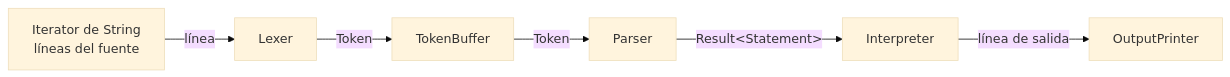
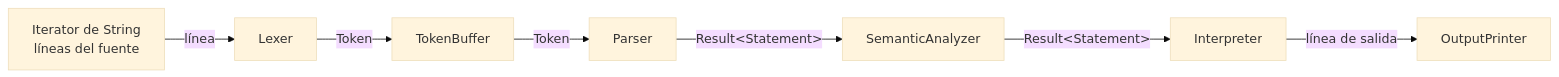
Before and after one commit to MartinaCousido/PrintScript: the second of 2 diagrams in docs/arquitectura.md, drawn with Mermaid (base theme). The commit also changed other lines of this file, not shown here.

First line of the commit message:
Actualizar arquitectura.md con semantic, el despacho por versión y 1.1

````diff
--- a/docs/arquitectura.md
+++ b/docs/arquitectura.md
@@ -168,15 +103,17 @@
 ```mermaid
 flowchart LR
     fuente["Iterator de String<br/>líneas del fuente"]
     lexer["Lexer"]
     buffer["TokenBuffer"]
     parser["Parser"]
+    semantic["SemanticAnalyzer"]
     interpreter["Interpreter"]
     printer["OutputPrinter"]
 
     fuente -- "línea" --> lexer
     lexer -- "Token" --> buffer
     buffer -- "Token" --> parser
-    parser -- "Result&lt;Statement&gt;" --> interpreter
+    parser -- "Result&lt;Statement&gt;" --> semantic
+    semantic -- "Result&lt;Statement&gt;" --> interpreter
     interpreter -- "línea de salida" --> printer
 ```
````
